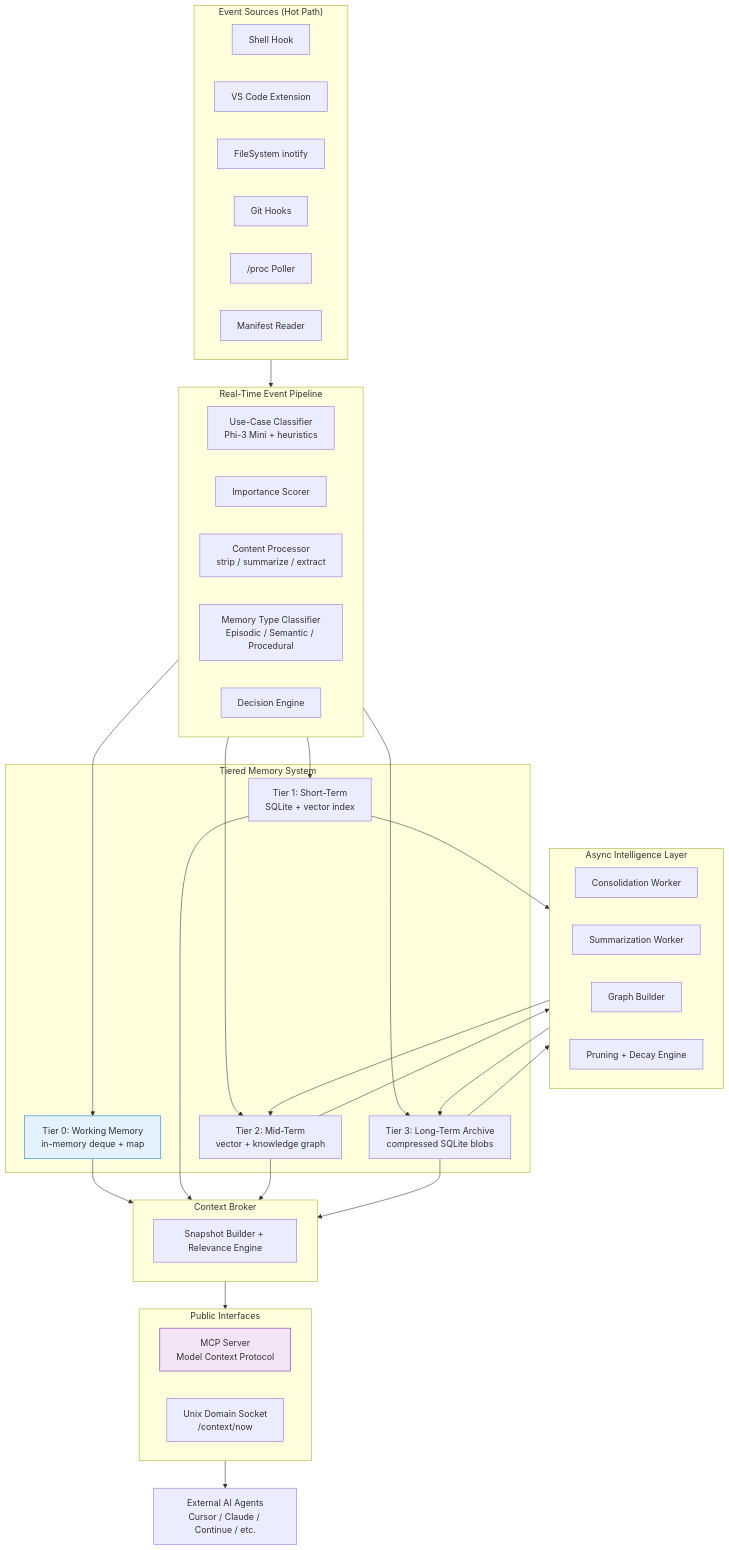
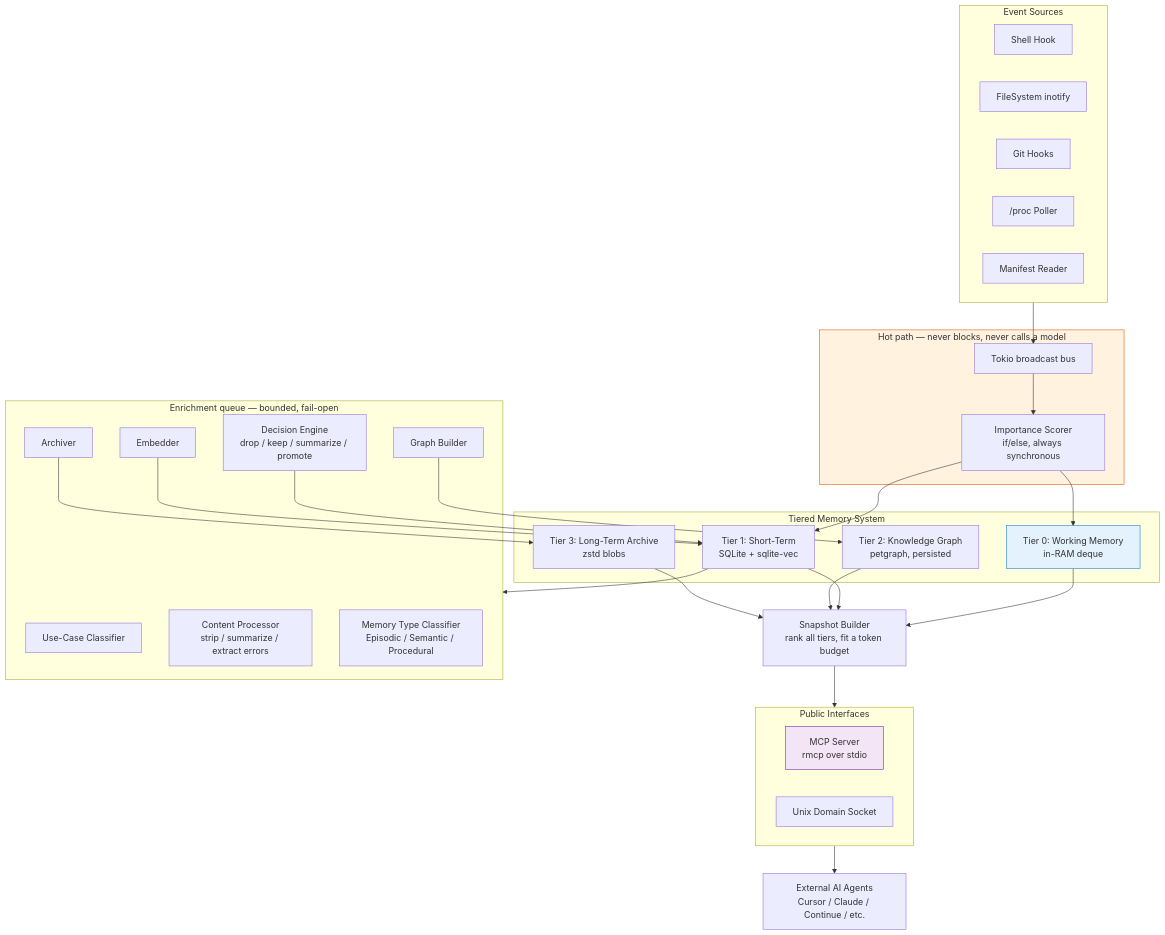
One commit to Vansh5632/contextd changed the diagram in Readme.md. Above: the diagram before and after it, drawn with Mermaid. The commit also changed other lines of this file and 61 other files, not shown here.

First line of the commit message:
Transform contextd from watcher into a full local context engine.

````diff
--- a/Readme.md
+++ b/Readme.md
@@ -45,54 +45,58 @@
 ```mermaid
 flowchart TD
-    subgraph Sources["Event Sources (Hot Path)"]
+    subgraph Sources["Event Sources"]
         S1[Shell Hook]
-        S2[VS Code Extension]
         S3[FileSystem inotify]
         S4[Git Hooks]
         S5["/proc Poller"]
         S6[Manifest Reader]
     end
 
-    subgraph Pipeline["Real-Time Event Pipeline"]
-        P1[Use-Case Classifier<br/>Phi-3 Mini + heuristics]
-        P2[Importance Scorer]
-        P3[Content Processor<br/>strip / summarize / extract]
+    Bus[Tokio broadcast bus]
+    Score[Importance Scorer<br/>if/else, always synchronous]
+
+    subgraph Hot["Hot path — never blocks, never calls a model"]
+        Bus
+        Score
+    end
+
+    subgraph Enrich["Enrichment queue — bounded, fail-open"]
+        P1[Use-Case Classifier]
+        P3[Content Processor<br/>strip / summarize / extract errors]
         P4[Memory Type Classifier<br/>Episodic / Semantic / Procedural]
-        P5[Decision Engine]
+        P5[Decision Engine<br/>drop / keep / summarize / promote]
+        B1[Embedder]
+        B3[Graph Builder]
+        B4[Archiver]
     end
 
     subgraph Memory["Tiered Memory System"]
-        T0[Tier 0: Working Memory<br/>in-memory deque + map]
-        T1[Tier 1: Short-Term<br/>SQLite + vector index]
-        T2[Tier 2: Mid-Term<br/>vector + knowledge graph]
-        T3[Tier 3: Long-Term Archive<br/>compressed SQLite blobs]
+        T0[Tier 0: Working Memory<br/>in-RAM deque]
+        T1[Tier 1: Short-Term<br/>SQLite + sqlite-vec]
+        T2[Tier 2: Knowledge Graph<br/>petgraph, persisted]
+        T3[Tier 3: Long-Term Archive<br/>zstd blobs]
     end
 
-    subgraph Background["Async Intelligence Layer"]
-        B1[Consolidation Worker]
-        B2[Summarization Worker]
-        B3[Graph Builder]
-        B4[Pruning + Decay Engine]
+    Broker[Snapshot Builder<br/>rank all tiers, fit a token budget]
+
+    subgraph API["Public Interfaces"]
+        MCP[MCP Server<br/>rmcp over stdio]
+        SOCK[Unix Domain Socket]
     end
 
-    subgraph Broker["Context Broker"]
-        BR[Snapshot Builder + Relevance Engine]
-    end
+    Sources --> Bus --> Score
+    Score --> T0
+    Score --> T1
+    T1 --> Enrich
+    P5 --> T1
+    B1 --> T1
+    B3 --> T2
+    B4 --> T3
 
-    subgraph API["Public Interfaces"]
-        MCP[MCP Server<br/>Model Context Protocol]
-        SOCK[Unix Domain Socket<br/>/context/now]
-    end
-
-    Sources --> Pipeline
-    Pipeline --> T0 & T1 & T2 & T3
-    T1 & T2 & T3 --> Background
-    Background --> T2 & T3
-    T0 & T1 & T2 & T3 --> Broker
-    Broker --> API
-
+    T0 & T1 & T2 & T3 --> Broker --> API
     API --> Agents["External AI Agents<br/>Cursor / Claude / Continue / etc."]
 
+    style Hot fill:#fff3e0,stroke:#e65100
     style T0 fill:#e3f2fd,stroke:#1976d2
     style MCP fill:#f3e5f5,stroke:#7b1fa2
 ```
````
